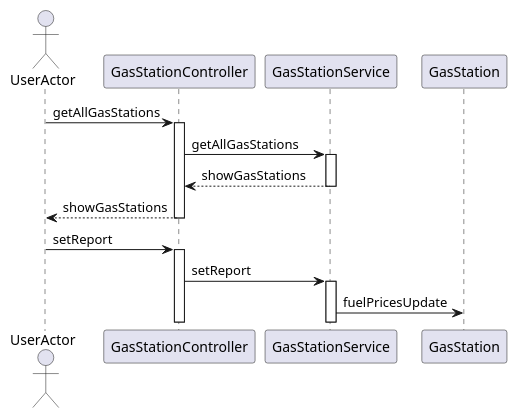
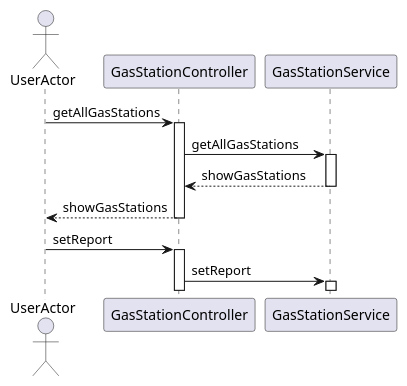
One commit to giovannitangredi/SEIProject changed the fifth of 7 diagrams in docs/DesignDocument.md. Above: the diagram before and after it, drawn with PlantUML. The commit also changed other lines of this file, not shown here.

Commit message:
docs: improved consistency in sequence diagram

````diff
--- a/docs/DesignDocument.md
+++ b/docs/DesignDocument.md
@@ -488,26 +487,23 @@
 ```plantuml
 @startuml
 actor UserActor
     UserActor -> GasStationController: getAllGasStations
     activate GasStationController
 
     GasStationController -> GasStationService: getAllGasStations
     activate GasStationService
 
     GasStationService --> GasStationController: showGasStations
     deactivate GasStationService
 
     GasStationController --> UserActor: showGasStations
     deactivate GasStationController
 
     UserActor -> GasStationController: setReport
     activate GasStationController
 
     GasStationController -> GasStationService: setReport
     activate GasStationService
-
-    GasStationService -> GasStation: fuelPricesUpdate 
-
 @enduml
 
 ```
````
